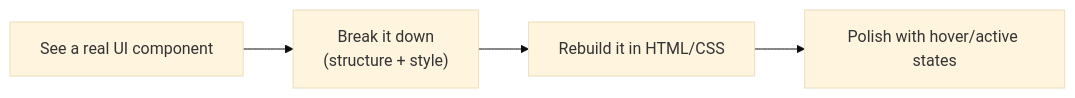
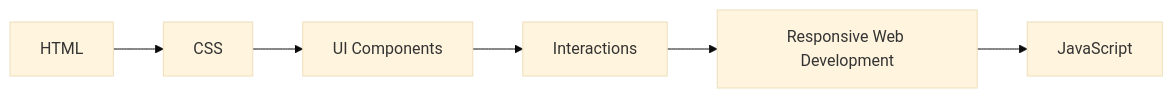
Diagram 12 of 12 in README.md (Betha-hemanth/HTML-and-CSS), drawn with Mermaid (base theme) before and after one commit. The commit also changed other lines of this file, not shown here.

````diff
--- a/README.md
+++ b/README.md
@@ -239,4 +448,8 @@
 ```mermaid
 flowchart LR
-    See["See a real UI component"] --> Break["Break it down\n(structure + style)"] --> Rebuild["Rebuild it in HTML/CSS"] --> Polish["Polish with hover/active states"]
+    A["HTML"] --> B["CSS"]
+    B --> C["UI Components"]
+    C --> D["Interactions"]
+    D --> E["Responsive Web Development"]
+    E --> F["JavaScript"]
 ```
````
